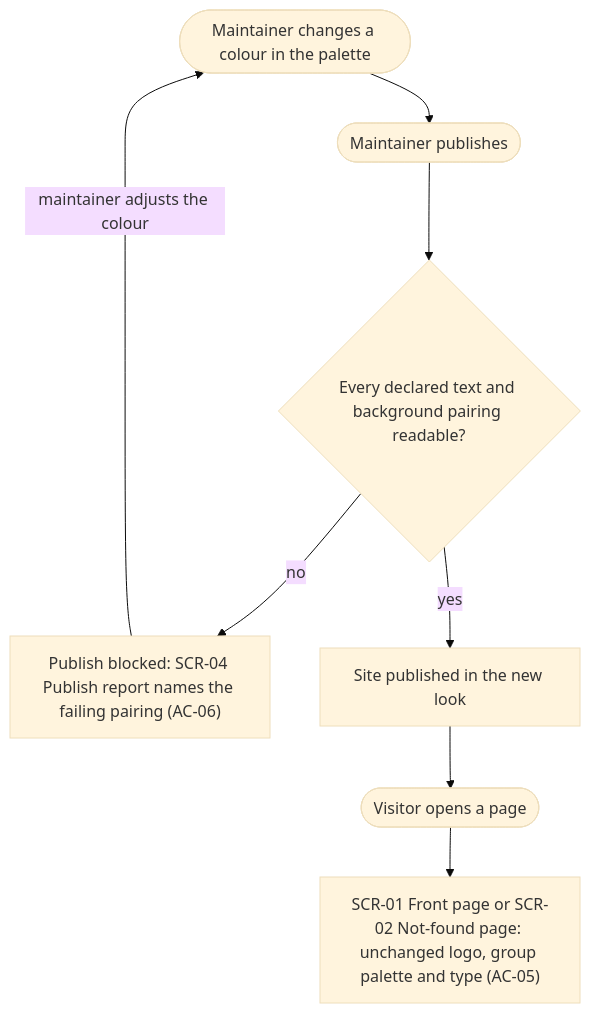
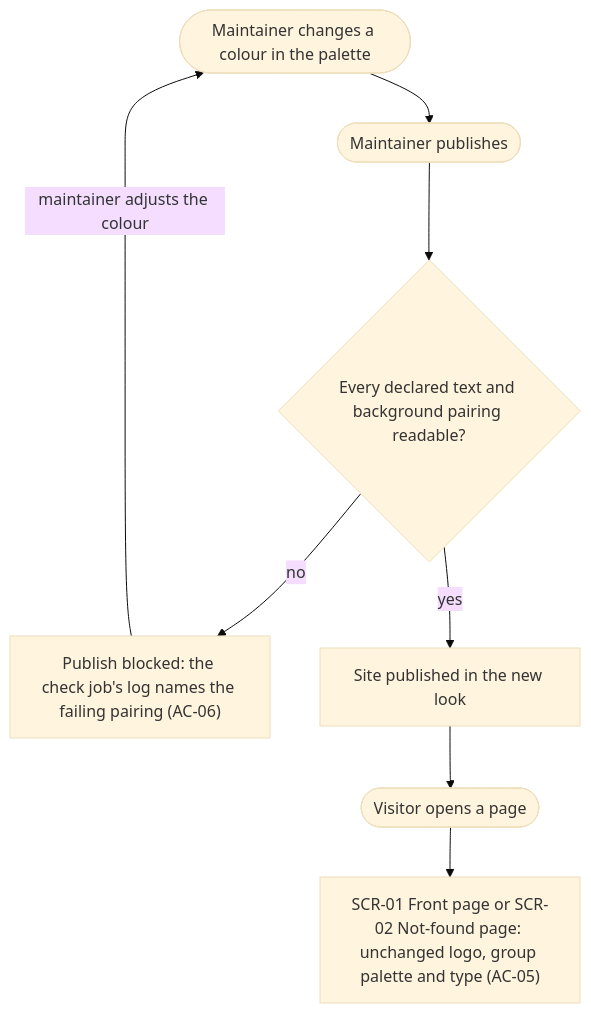
One commit to KTH-UrbanT/odenlabs-website changed the fourth of 7 diagrams in docs/features/clean-starter/ux-flows.md. Above: the diagram before and after it, drawn with Mermaid (base theme). The commit also changed other lines of this file and 27 other files, not shown here.

````diff
--- a/docs/features/clean-starter/ux-flows.md
+++ b/docs/features/clean-starter/ux-flows.md
@@ -103,10 +103,10 @@
 ```mermaid
 flowchart TD
     M(["Maintainer changes a colour in the palette"]) --> N(["Maintainer publishes"])
     N --> O{"Every declared text and background pairing readable?"}
-    O -->|no| P["Publish blocked: SCR-04 Publish report names the failing pairing (AC-06)"]
+    O -->|no| P["Publish blocked: the check job's log names the failing pairing (AC-06)"]
     P -->|"maintainer adjusts the colour"| M
     O -->|yes| Q["Site published in the new look"]
     Q --> V(["Visitor opens a page"])
     V --> R["SCR-01 Front page or SCR-02 Not-found page: unchanged logo, group palette and type (AC-05)"]
 ```
````
